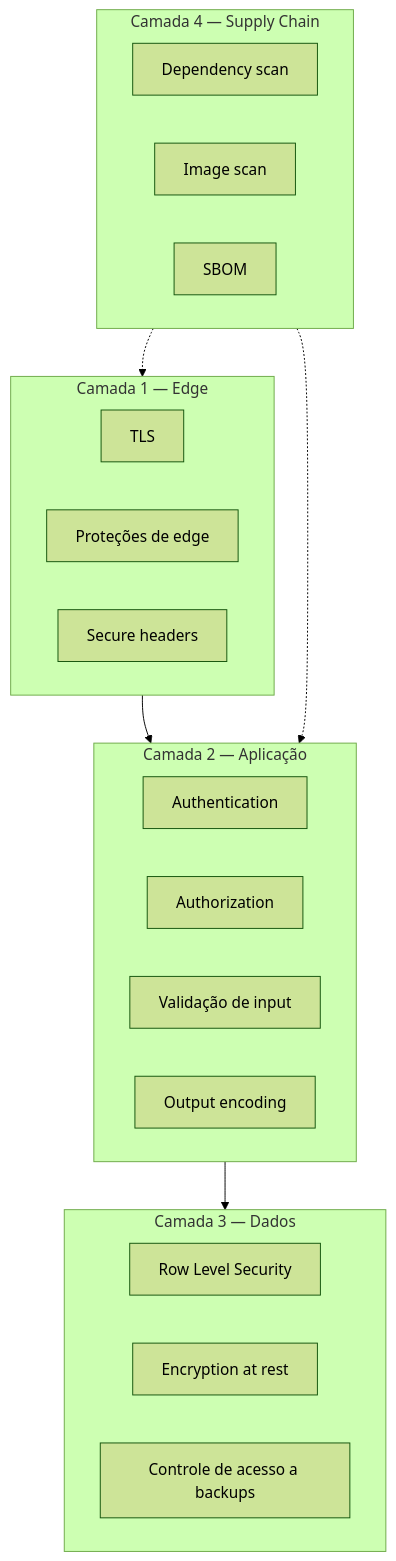
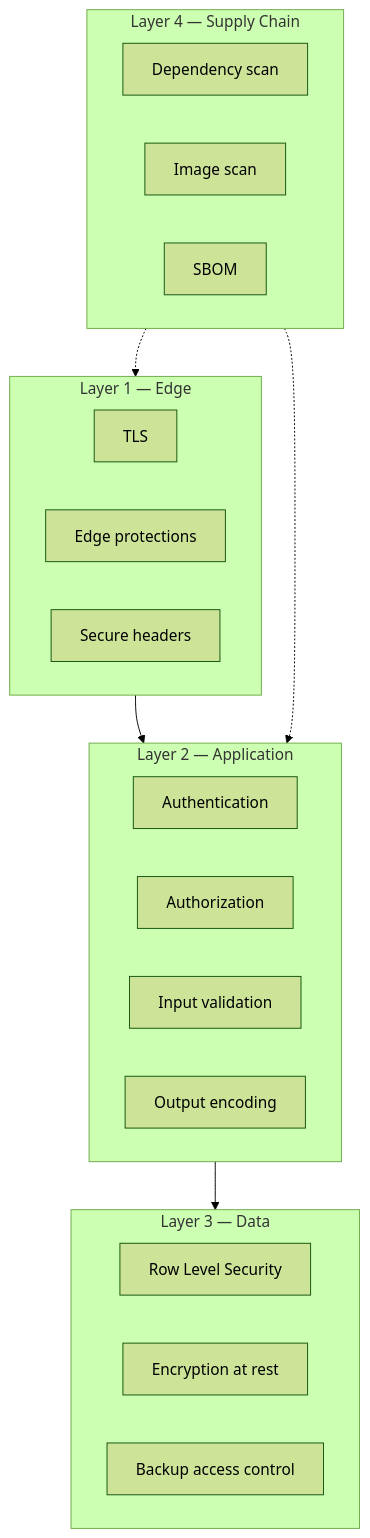
The first of 3 diagrams in docs/SECURITY_AND_COMPLIANCE.md (alissonf216/licitech-architecture-showcase), drawn with Mermaid (forest theme) before and after one commit. The commit also changed other lines of this file and 36 other files, not shown here.

First line of the commit message:
Add Licitech architecture portfolio (EN + PT-BR)

````diff
--- a/docs/SECURITY_AND_COMPLIANCE.md
+++ b/docs/SECURITY_AND_COMPLIANCE.md
@@ -11,28 +13,28 @@
 ```mermaid
 flowchart TB
-    subgraph L1["Camada 1 — Edge"]
+    subgraph L1["Layer 1 — Edge"]
         TLS1[TLS]
-        WAF[Proteções de edge]
+        WAF[Edge protections]
         HEAD[Secure headers]
     end
-    subgraph L2["Camada 2 — Aplicação"]
+    subgraph L2["Layer 2 — Application"]
         AUTH[Authentication]
         AUTHZ[Authorization]
-        VAL[Validação de input]
+        VAL[Input validation]
         ENC[Output encoding]
     end
-    subgraph L3["Camada 3 — Dados"]
+    subgraph L3["Layer 3 — Data"]
         RLS[Row Level Security]
         ENC2[Encryption at rest]
-        BACKUP[Controle de acesso a backups]
+        BACKUP[Backup access control]
     end
-    subgraph L4["Camada 4 — Supply Chain"]
+    subgraph L4["Layer 4 — Supply Chain"]
         DEP[Dependency scan]
         IMG[Image scan]
         SBOM[SBOM]
     end
 
     L1 --> L2 --> L3
     L4 -.-> L2
     L4 -.-> L1
 ```
````
